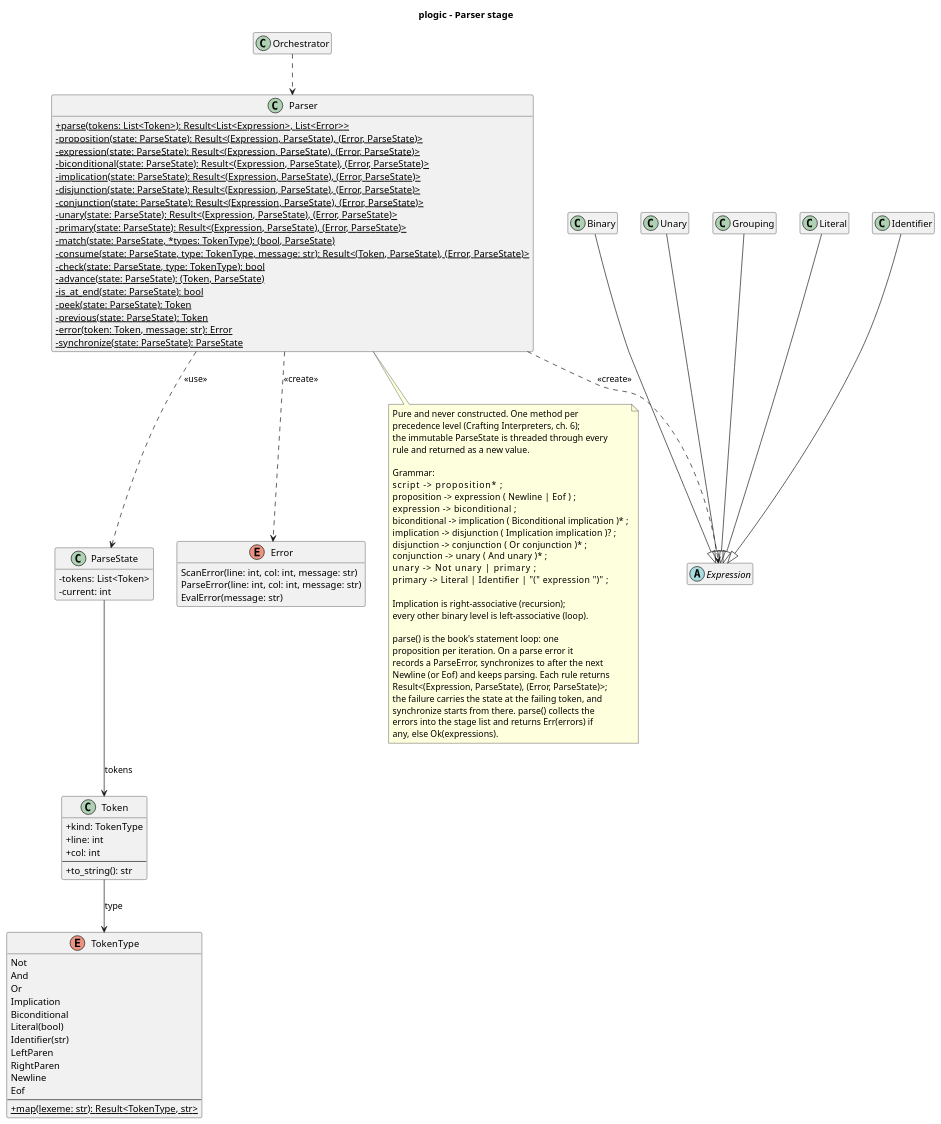
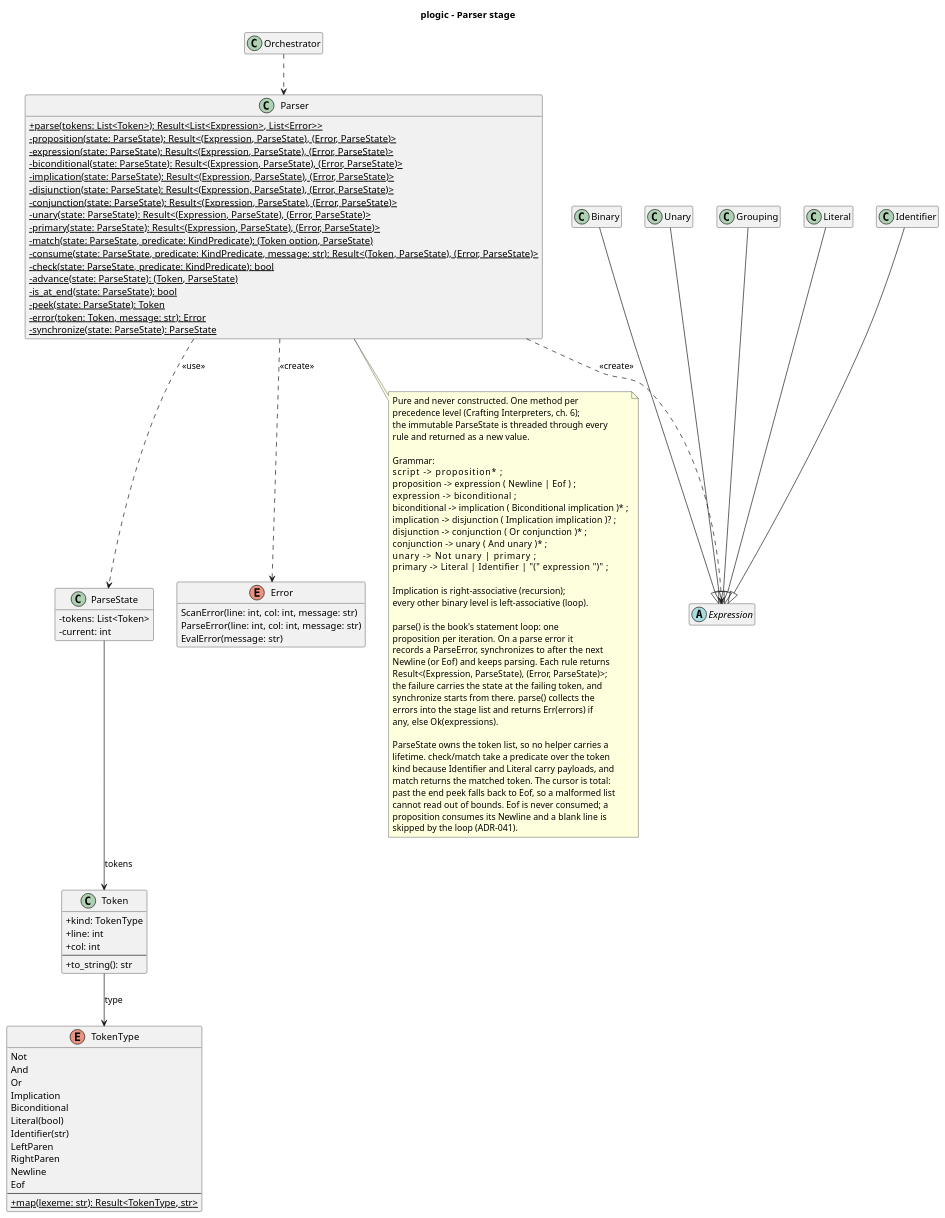
One commit to Josgtg/plogic changed the diagram in design/diagrams/parser_class.puml. Above: the diagram before and after it, drawn with PlantUML. The commit also changed 2 other files, not shown here.

Commit message:
design: document the parser and its total cursor

```diff
--- a/design/diagrams/parser_class.puml
+++ b/design/diagrams/parser_class.puml
@@ -1,123 +1,131 @@
 @startuml parser_class
 title plogic - Parser stage
 
 skinparam classAttributeIconSize 0
 hide empty members
 
 class Orchestrator
 
 enum TokenType {
   Not
   And
   Or
   Implication
   Biconditional
   Literal(bool)
   Identifier(str)
   LeftParen
   RightParen
   Newline
   Eof
   --
   +{static} map(lexeme: str): Result<TokenType, str>
 }
 
 class Token {
   +kind: TokenType
   +line: int
   +col: int
   --
   +to_string(): str
 }
 
 class ParseState {
   -tokens: List<Token>
   -current: int
 }
 
 class Parser {
   +{static} parse(tokens: List<Token>): Result<List<Expression>, List<Error>>
   -{static} proposition(state: ParseState): Result<(Expression, ParseState), (Error, ParseState)>
   -{static} expression(state: ParseState): Result<(Expression, ParseState), (Error, ParseState)>
   -{static} biconditional(state: ParseState): Result<(Expression, ParseState), (Error, ParseState)>
   -{static} implication(state: ParseState): Result<(Expression, ParseState), (Error, ParseState)>
   -{static} disjunction(state: ParseState): Result<(Expression, ParseState), (Error, ParseState)>
   -{static} conjunction(state: ParseState): Result<(Expression, ParseState), (Error, ParseState)>
   -{static} unary(state: ParseState): Result<(Expression, ParseState), (Error, ParseState)>
   -{static} primary(state: ParseState): Result<(Expression, ParseState), (Error, ParseState)>
-  -{static} match(state: ParseState, *types: TokenType): (bool, ParseState)
-  -{static} consume(state: ParseState, type: TokenType, message: str): Result<(Token, ParseState), (Error, ParseState)>
-  -{static} check(state: ParseState, type: TokenType): bool
+  -{static} match(state: ParseState, predicate: KindPredicate): (Token option, ParseState)
+  -{static} consume(state: ParseState, predicate: KindPredicate, message: str): Result<(Token, ParseState), (Error, ParseState)>
+  -{static} check(state: ParseState, predicate: KindPredicate): bool
   -{static} advance(state: ParseState): (Token, ParseState)
   -{static} is_at_end(state: ParseState): bool
   -{static} peek(state: ParseState): Token
-  -{static} previous(state: ParseState): Token
   -{static} error(token: Token, message: str): Error
   -{static} synchronize(state: ParseState): ParseState
 }
 
 enum Error {
   ScanError(line: int, col: int, message: str)
   ParseError(line: int, col: int, message: str)
   EvalError(message: str)
 }
 
 abstract class Expression
 
 class Binary
 
 class Unary
 
 class Grouping
 
 class Literal
 
 class Identifier
 
 note bottom of Parser
   Pure and never constructed. One method per
   precedence level (Crafting Interpreters, ch. 6);
   the immutable ParseState is threaded through every
   rule and returned as a new value.
 
   Grammar:
   script         -> proposition* ;
   proposition    -> expression ( Newline | Eof ) ;
   expression     -> biconditional ;
   biconditional  -> implication ( Biconditional implication )* ;
   implication    -> disjunction ( Implication implication )? ;
   disjunction    -> conjunction ( Or conjunction )* ;
   conjunction    -> unary ( And unary )* ;
   unary          -> Not unary | primary ;
   primary        -> Literal | Identifier | "(" expression ")" ;
 
   Implication is right-associative (recursion);
   every other binary level is left-associative (loop).
 
   parse() is the book's statement loop: one
   proposition per iteration. On a parse error it
   records a ParseError, synchronizes to after the next
   Newline (or Eof) and keeps parsing. Each rule returns
   Result<(Expression, ParseState), (Error, ParseState)>;
   the failure carries the state at the failing token, and
   synchronize starts from there. parse() collects the
   errors into the stage list and returns Err(errors) if
   any, else Ok(expressions).
+
+  ParseState owns the token list, so no helper carries a
+  lifetime. check/match take a predicate over the token
+  kind because Identifier and Literal carry payloads, and
+  match returns the matched token. The cursor is total:
+  past the end peek falls back to Eof, so a malformed list
+  cannot read out of bounds. Eof is never consumed; a
+  proposition consumes its Newline and a blank line is
+  skipped by the loop (ADR-041).
 end note
 
 Orchestrator ..> Parser
 
 Parser ..> ParseState : <<use>>
 ParseState --> Token : tokens
 Token --> TokenType : type
 
 Parser ..> Expression : <<create>>
 Parser ..> Error : <<create>>
 
 Binary --|> Expression
 Unary --|> Expression
 Grouping --|> Expression
 Literal --|> Expression
 Identifier --|> Expression
 
 @enduml
```
